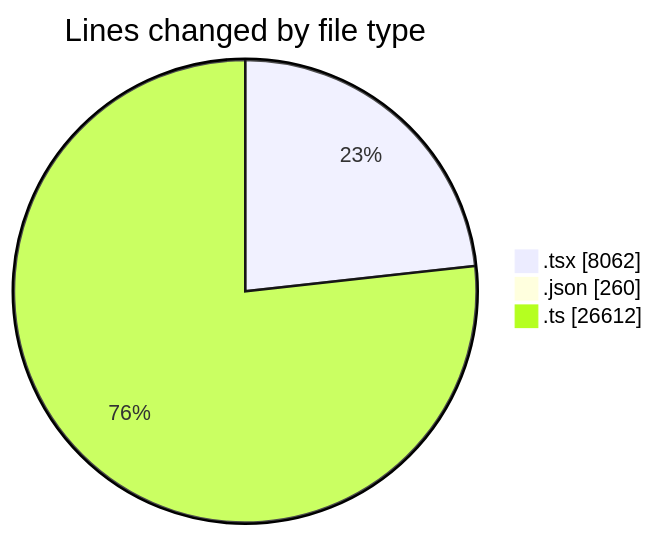
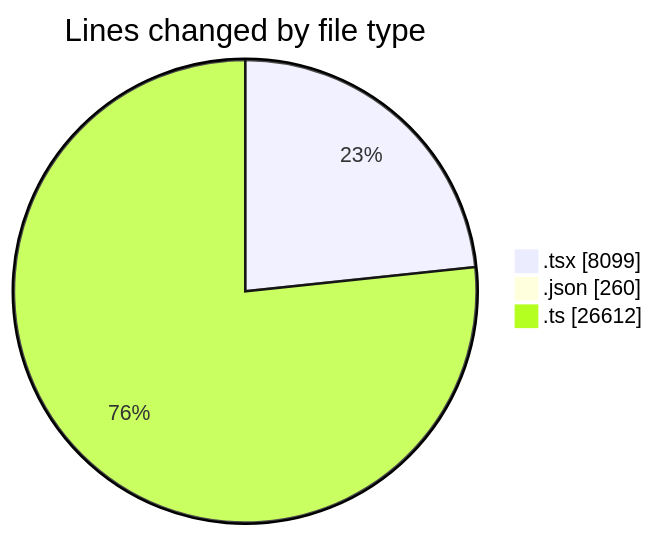
Before and after one commit to momahboobian/code-tracking: the first of 2 diagrams in 2026-11-13/broadcaster-v6-feature/README.md, drawn with Mermaid. The commit also changed other lines of this file and 1 other file, not shown here.

````diff
--- a/2026-11-13/broadcaster-v6-feature/README.md
+++ b/2026-11-13/broadcaster-v6-feature/README.md
@@ -53,7 +54,7 @@
 ```mermaid
 pie showData
 title Lines changed by file type
-".tsx" : 8062
+".tsx" : 8099
 ".json" : 260
 ".ts" : 26612
 ```
````
